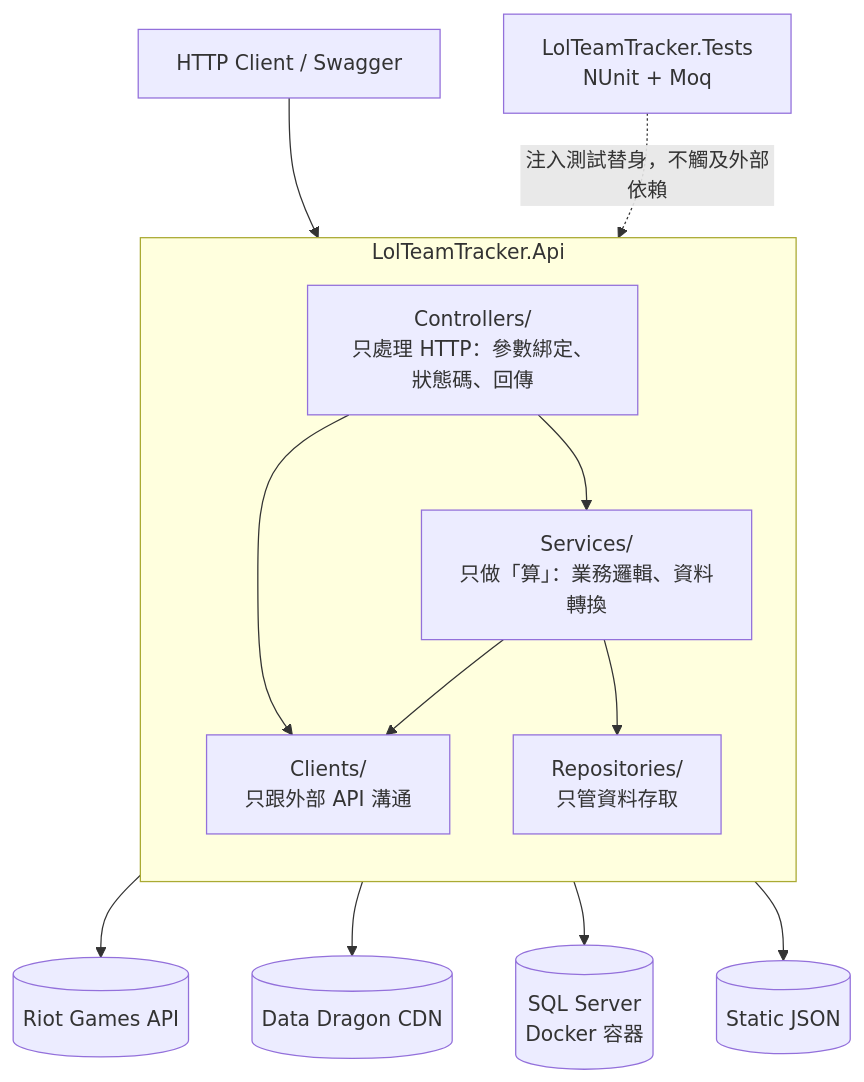
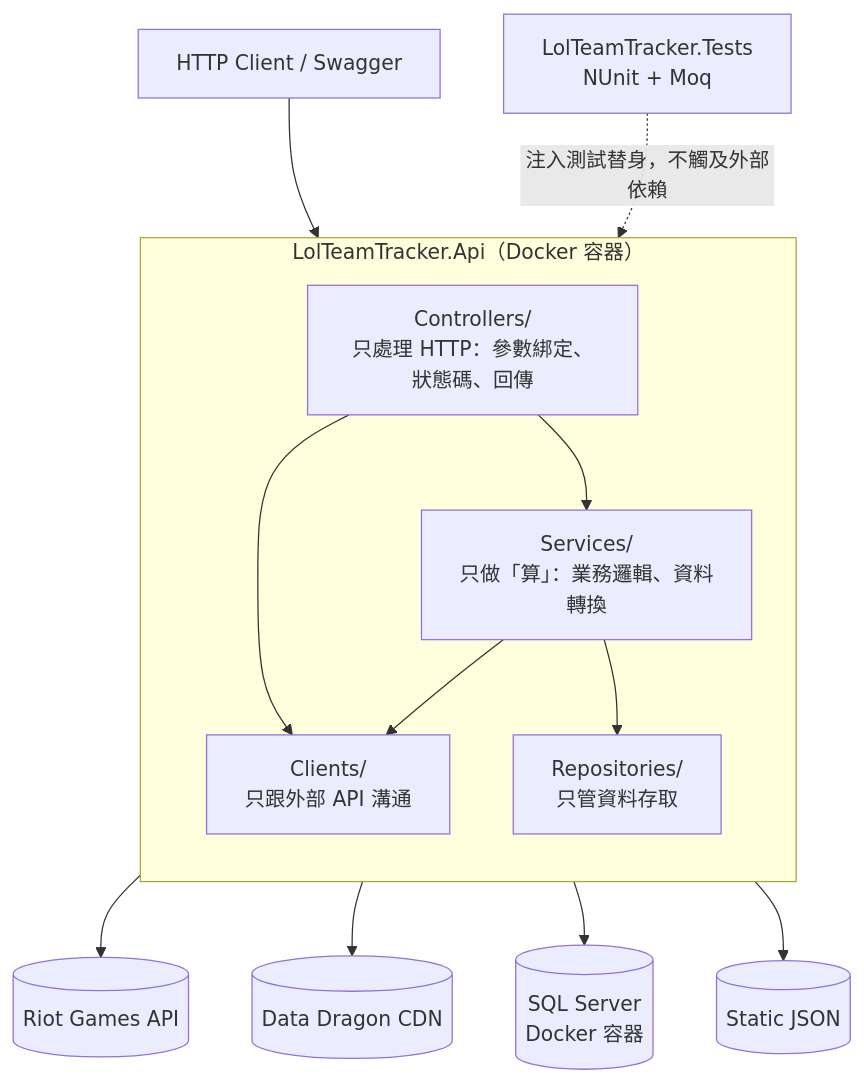
One commit to tn00627974/LolTeamTracker changed the diagram in README.md. Above: the diagram before and after it, drawn with Mermaid. The commit also changed other lines of this file and 1 other file, not shown here.

````diff
--- a/README.md
+++ b/README.md
@@ -24,31 +26,31 @@
 ```mermaid
 flowchart TD
     Client[HTTP Client / Swagger]
 
-    subgraph API["LolTeamTracker.Api"]
+    subgraph API["LolTeamTracker.Api（Docker 容器）"]
         direction TB
         C["Controllers/<br/>只處理 HTTP：參數綁定、狀態碼、回傳"]
         S["Services/<br/>只做「算」：業務邏輯、資料轉換"]
         CL["Clients/<br/>只跟外部 API 溝通"]
         R["Repositories/<br/>只管資料存取"]
     end
 
     Tests["LolTeamTracker.Tests<br/>NUnit + Moq"]
 
     Riot[(Riot Games API)]
     DDragon[(Data Dragon CDN)]
     DB[(SQL Server<br/>Docker 容器)]
     Files[(Static JSON)]
 
     Client --> C
     C --> S
     C --> CL
     S --> CL
     S --> R
     CL --> Riot
     CL --> DDragon
     R --> DB
     R --> Files
 
     Tests -. 注入測試替身，不觸及外部依賴 .-> S
 ```
````
